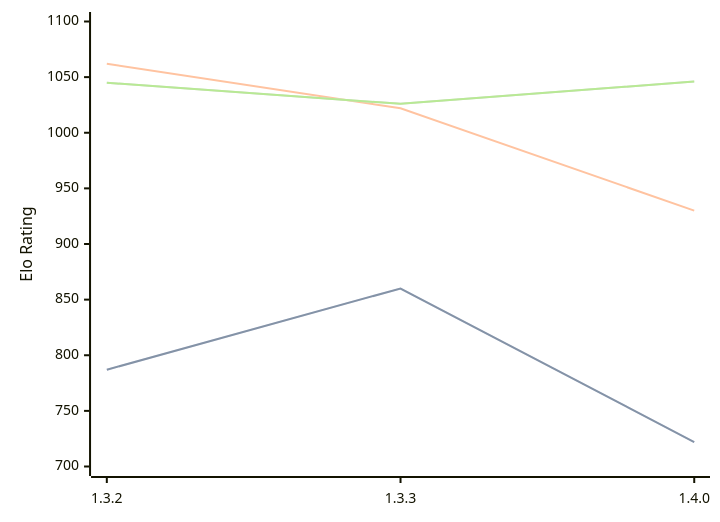
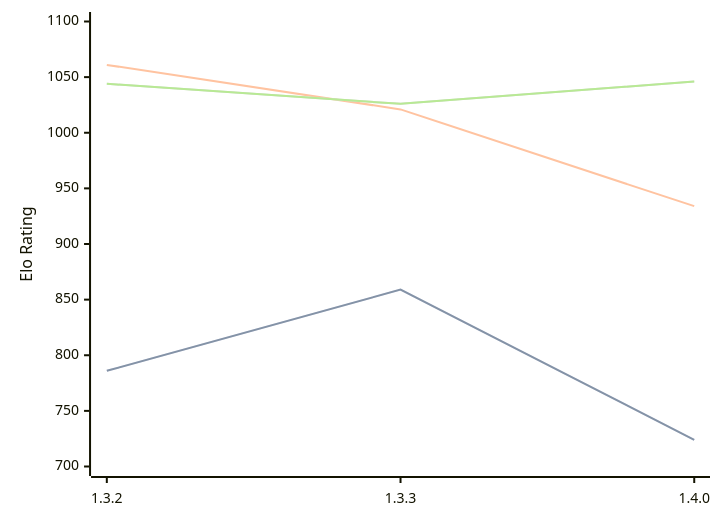
Before and after one commit to computer-chess-index/cci: the diagram in engines/Whitespine.md, drawn with Mermaid. The commit also changed other lines of this file, not shown here.

Commit message:
Update CCI Ratings (ELO VLTC) - 2026-08-27

````diff
--- a/engines/Whitespine.md
+++ b/engines/Whitespine.md
@@ -33,11 +33,11 @@
 ```mermaid
 %%{init: {"theme":"base","themeVariables":{"seriesColors:['#a3a3a3','#222221','#faa371']}}}%%
 xychart-beta
   x-axis ["1.3.2", "1.3.3", "1.4.0"]
   y-axis "Elo Rating" 700 --> 1100
-  line "STC (8.0+0.08s)" [787, 860, 722]
-  line "STC (8.0+0.08s)" [787, 860, 722]
-  line "LTC (60.0+0.60s)" [1062, 1022, 930]
-  line "VLTC (2m24s+1.12s)" [1045, 1026, 1046]
-  line "VLTC (2m24s+1.12s)" [1045, 1026, 1046]
+  line "STC (8.0+0.08s)" [786, 859, 724]
+  line "STC (8.0+0.08s)" [786, 859, 724]
+  line "LTC (60.0+0.60s)" [1061, 1021, 934]
+  line "VLTC (2m24s+1.12s)" [1044, 1026, 1046]
+  line "VLTC (2m24s+1.12s)" [1044, 1026, 1046]
 ```
````
